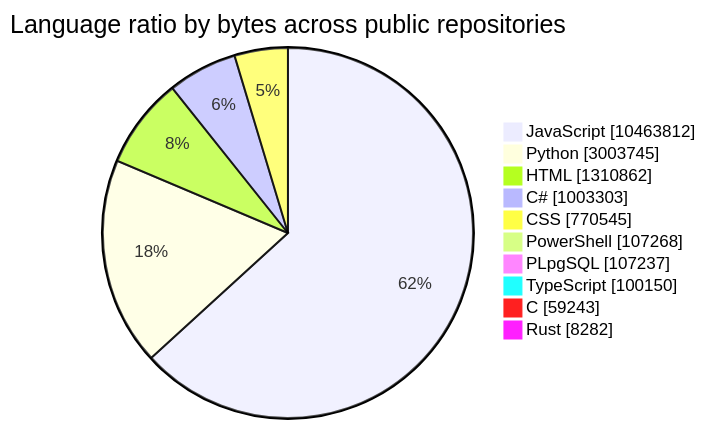
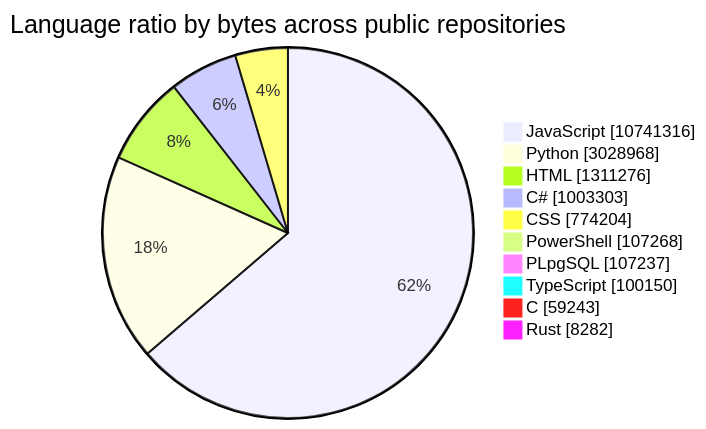
The first of 2 diagrams in README.md (tchinso/tchinso), drawn with Mermaid before and after one commit. The commit also changed other lines of this file, not shown here.

````diff
--- a/README.md
+++ b/README.md
@@ -27,14 +27,14 @@
 ```mermaid
 pie showData
     title Language ratio by bytes across public repositories
-    "JavaScript" : 10463812
-    "Python" : 3003745
-    "HTML" : 1310862
+    "JavaScript" : 10741316
+    "Python" : 3028968
+    "HTML" : 1311276
     "C#" : 1003303
-    "CSS" : 770545
+    "CSS" : 774204
     "PowerShell" : 107268
     "PLpgSQL" : 107237
     "TypeScript" : 100150
     "C" : 59243
     "Rust" : 8282
 ```
````
